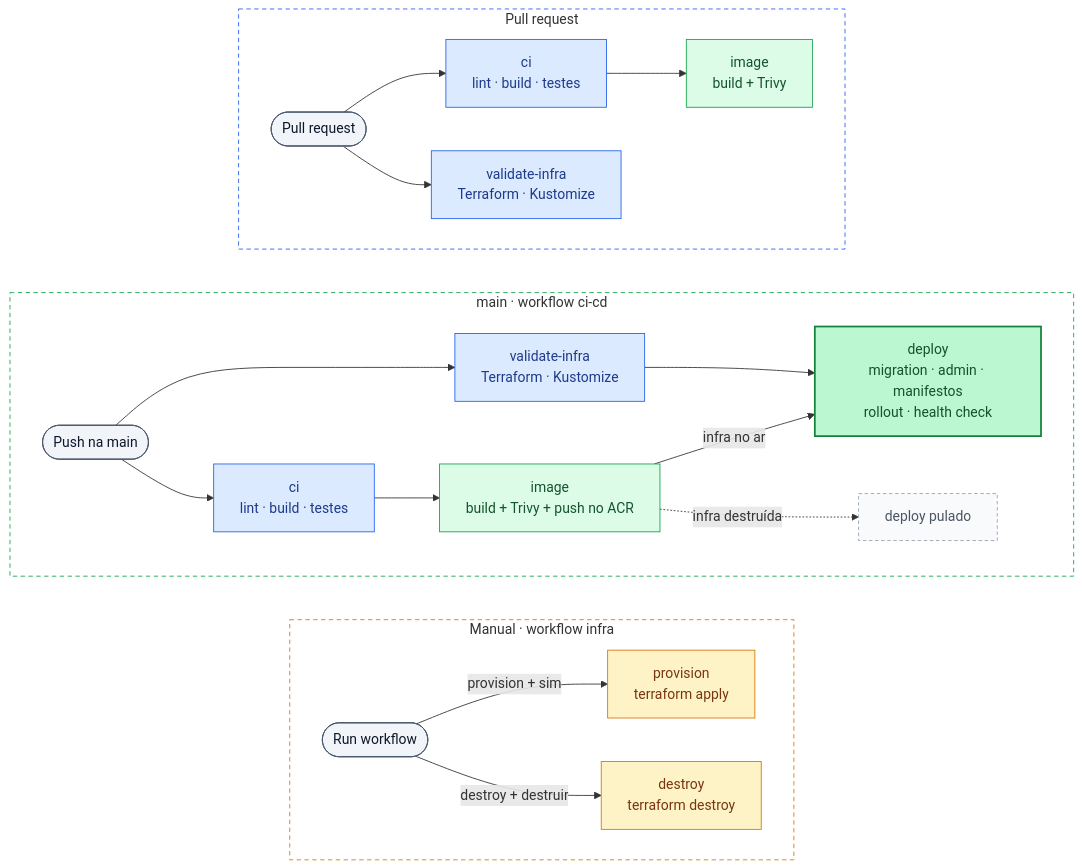
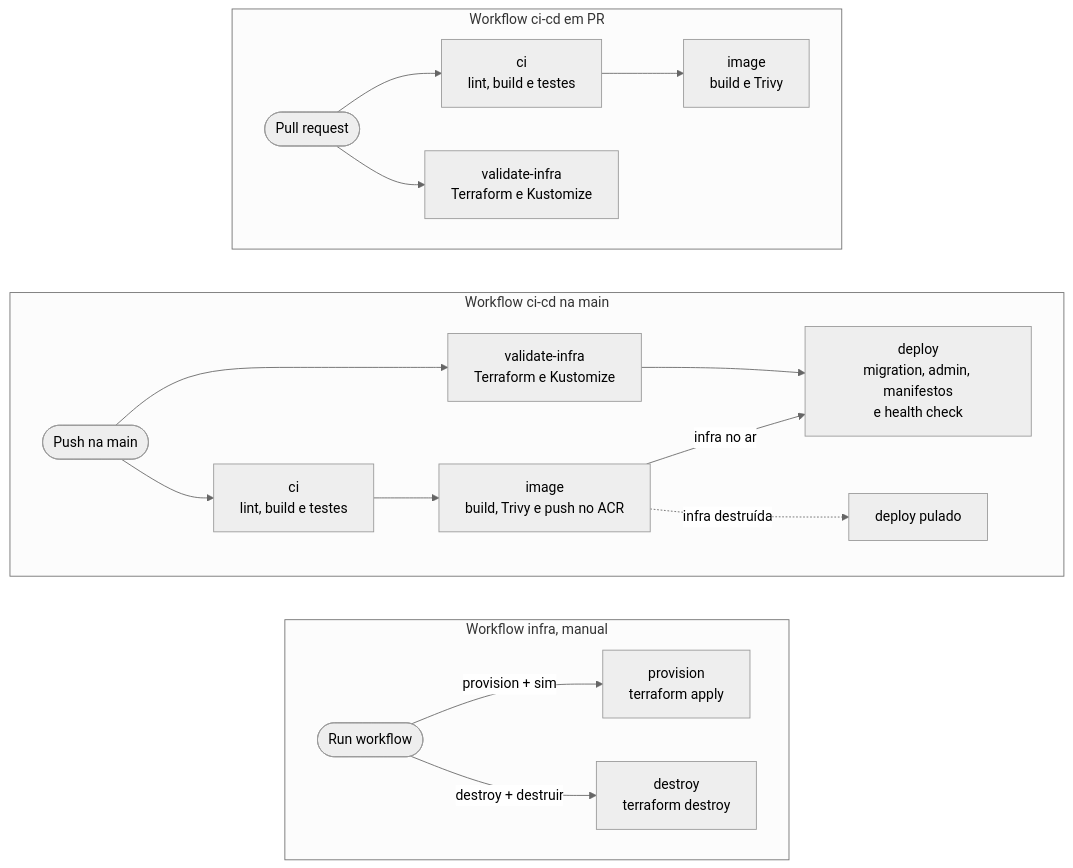
One commit to garage-flow-api/garage-flow-api changed the third of 3 diagrams in README.md. Above: the diagram before and after it, drawn with Mermaid. The commit also changed other lines of this file, not shown here.

Commit message:
desenho da arquitetura com notificação por e-mail e diagramas simplificados

````diff
--- a/README.md
+++ b/README.md
@@ -614,43 +581,26 @@
 ```mermaid
+%%{init: {'theme': 'neutral'}}%%
 flowchart LR
-    subgraph sgManual["Manual · workflow infra"]
+    subgraph sgManual["Workflow infra, manual"]
         direction LR
         RUNINFRA(["Run workflow"]) -- "provision + sim" --> PROV["provision<br/>terraform apply"]
         RUNINFRA -- "destroy + destruir" --> DEST["destroy<br/>terraform destroy"]
     end
 
-    subgraph sgMain["main · workflow ci-cd"]
+    subgraph sgMain["Workflow ci-cd na main"]
         direction LR
-        PUSH(["Push na main"]) --> CI2["ci<br/>lint · build · testes"]
-        PUSH --> VAL2["validate-infra<br/>Terraform · Kustomize"]
-        CI2 --> IMG2["image<br/>build + Trivy + push no ACR"]
-        IMG2 -- "infra no ar" --> DEP["deploy<br/>migration · admin · manifestos<br/>rollout · health check"]
+        PUSH(["Push na main"]) --> CI2["ci<br/>lint, build e testes"]
+        PUSH --> VAL2["validate-infra<br/>Terraform e Kustomize"]
+        CI2 --> IMG2["image<br/>build, Trivy e push no ACR"]
+        IMG2 -- "infra no ar" --> DEP["deploy<br/>migration, admin, manifestos<br/>e health check"]
         VAL2 --> DEP
         IMG2 -. "infra destruída" .-> SKIP["deploy pulado"]
     end
 
-    subgraph sgPr["Pull request"]
+    subgraph sgPr["Workflow ci-cd em PR"]
         direction LR
-        PR(["Pull request"]) --> CI1["ci<br/>lint · build · testes"]
-        PR --> VAL1["validate-infra<br/>Terraform · Kustomize"]
-        CI1 --> IMG1["image<br/>build + Trivy"]
+        PR(["Pull request"]) --> CI1["ci<br/>lint, build e testes"]
+        PR --> VAL1["validate-infra<br/>Terraform e Kustomize"]
+        CI1 --> IMG1["image<br/>build e Trivy"]
     end
-
-    classDef trigger fill:#f1f5f9,stroke:#475569,color:#0f172a
-    classDef check fill:#dbeafe,stroke:#2563eb,color:#1e3a8a
-    classDef build fill:#dcfce7,stroke:#16a34a,color:#14532d
-    classDef deploy fill:#bbf7d0,stroke:#15803d,color:#14532d,stroke-width:2px
-    classDef infra fill:#fef3c7,stroke:#d97706,color:#78350f
-    classDef skip fill:#f9fafb,stroke:#9ca3af,color:#4b5563,stroke-dasharray:4 3
-
-    class PR,PUSH,RUNINFRA trigger
-    class CI1,CI2,VAL1,VAL2 check
-    class IMG1,IMG2 build
-    class DEP deploy
-    class PROV,DEST infra
-    class SKIP skip
-
-    style sgPr fill:none,stroke:#2563eb,stroke-dasharray:5 4
-    style sgMain fill:none,stroke:#16a34a,stroke-dasharray:5 4
-    style sgManual fill:none,stroke:#d97706,stroke-dasharray:5 4
 ```
````
